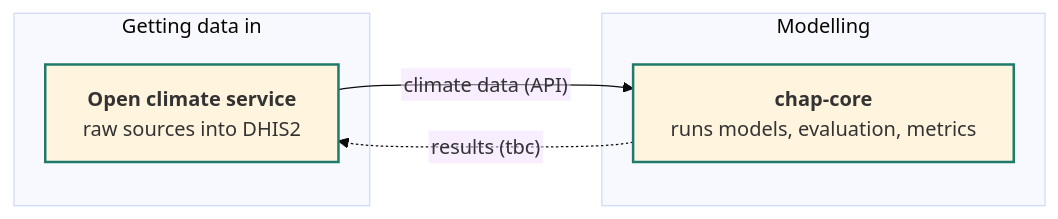
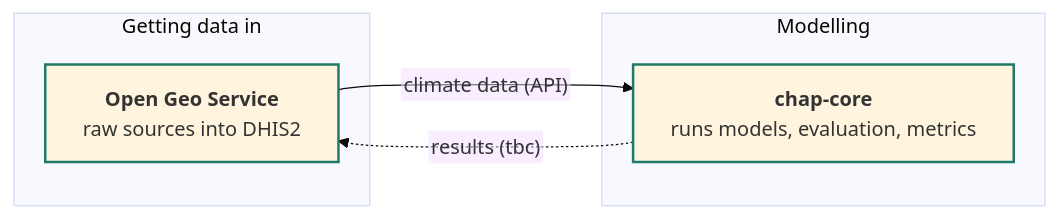
One commit to dhis2-chap/claude-plugins changed the diagram in plugins/product-landscape-diagram/skills/product-landscape-diagram/SKILL.md. Above: the diagram before and after it, drawn with Mermaid (base theme). The commit also changed 12 other files, not shown here.

````diff
--- a/plugins/product-landscape-diagram/skills/product-landscape-diagram/SKILL.md
+++ b/plugins/product-landscape-diagram/skills/product-landscape-diagram/SKILL.md
@@ -79,20 +79,20 @@
 ```mermaid
 %%{init: {"flowchart": {"htmlLabels": false, "wrappingWidth": 400, "useMaxWidth": false}, "markdownAutoWrap": false}}%%
 flowchart LR
   subgraph IN["Getting data in"]
-    OCS["`**Open climate service**
+    GEO["`**Open Geo Service**
 raw sources into DHIS2`"]
   end
   subgraph MOD["Modelling"]
     CORE["`**chap-core**
 runs models, evaluation, metrics`"]
   end
-  OCS -->|"climate data (API)"| CORE
-  CORE -.->|"results (tbc)"| OCS
+  GEO -->|"climate data (API)"| CORE
+  CORE -.->|"results (tbc)"| GEO
   classDef ours stroke:#1f7a6b,stroke-width:2px
   classDef external fill:#eceeed,stroke:#8a8f98
   classDef shared stroke:#c48a1a,stroke-width:2px
   classDef planned stroke-dasharray:5 5
   classDef gap fill:#fde3e3,stroke:#c00
-  class OCS,CORE ours
+  class GEO,CORE ours
 ```
````
